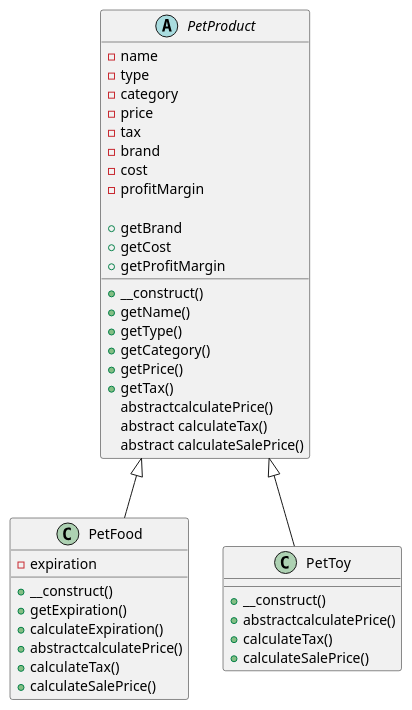
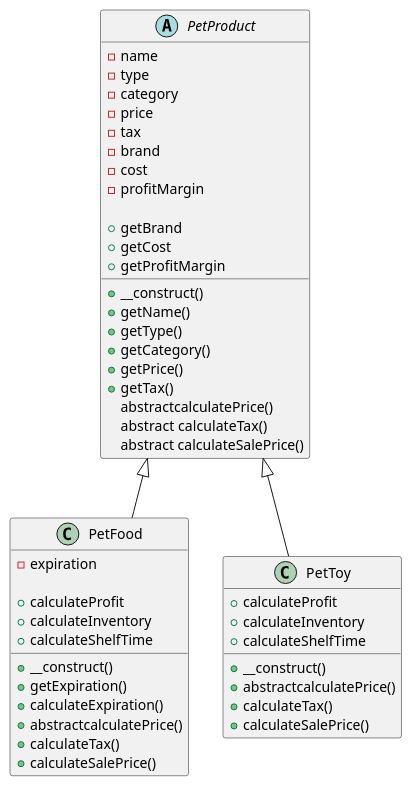
Before and after one commit to aysegulaksu/block3-adv-web: the diagram in project-1/tables.puml, drawn with PlantUML. The commit also changed 1 other file, not shown here.

```diff
--- a/project-1/tables.puml
+++ b/project-1/tables.puml
@@ -1,46 +1,52 @@
 @startuml
 
 abstract class PetProduct {
   - name
   - type
   - category
   - price
   - tax
   -brand
   -cost
   -profitMargin
 
   + __construct()
   + getName()
   + getType()
   + getCategory()
   + getPrice()
   + getTax()
   +getBrand
   +getCost
   +getProfitMargin
   abstractcalculatePrice()
   abstract calculateTax()
   abstract calculateSalePrice()
 }
 
 class PetFood extends PetProduct {
   - expiration
 
   + __construct()
   + getExpiration()
   + calculateExpiration()
   +abstractcalculatePrice()
   + calculateTax()
   + calculateSalePrice()
+  + calculateProfit
+  +calculateInventory
+  +calculateShelfTime
 }
 
 class PetToy extends PetProduct {
 
   + __construct()
   +abstractcalculatePrice()
   + calculateTax()
   + calculateSalePrice()
+  + calculateProfit
+  +calculateInventory
+  +calculateShelfTime
 }
 
 @enduml
```
